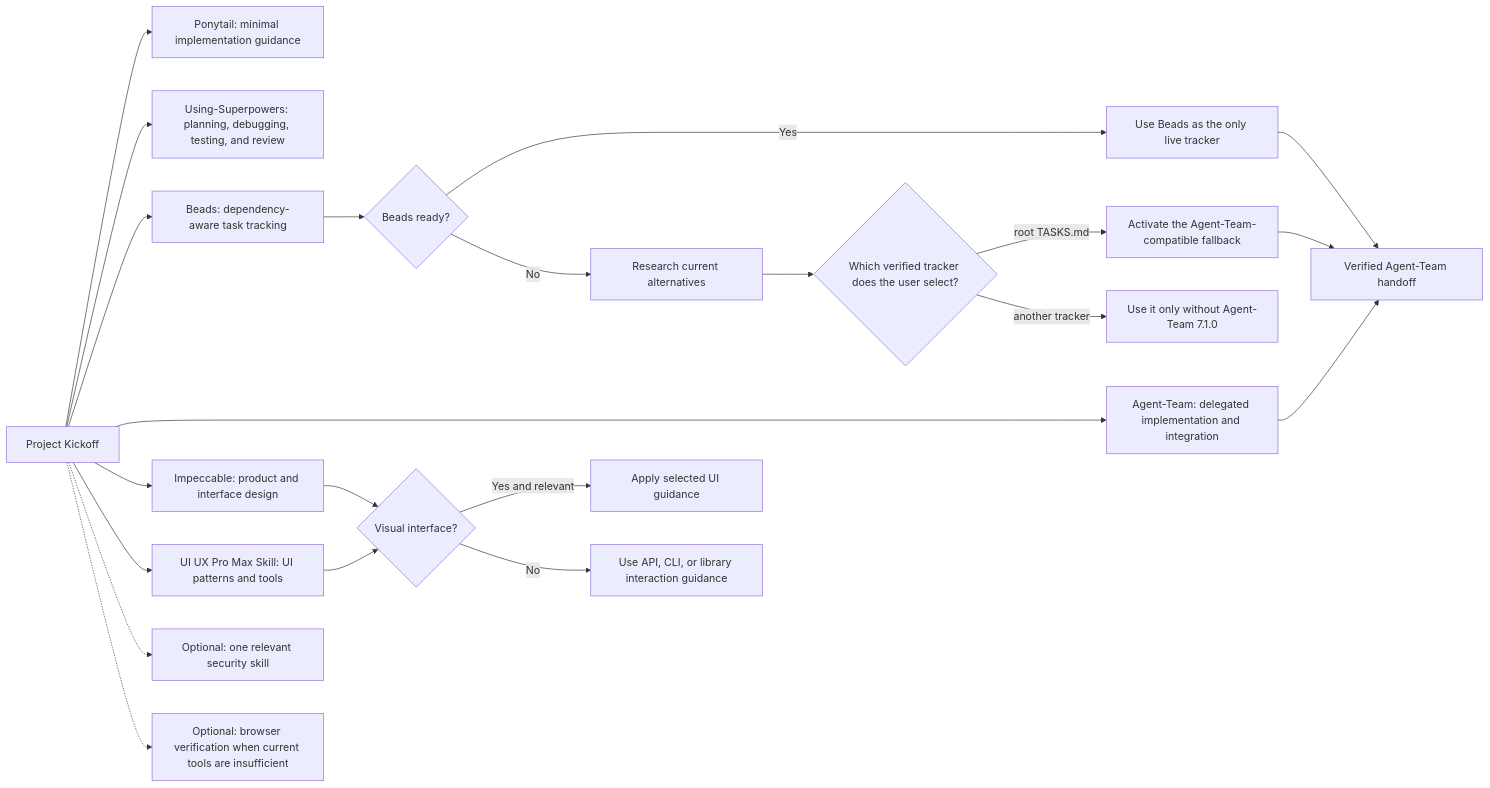
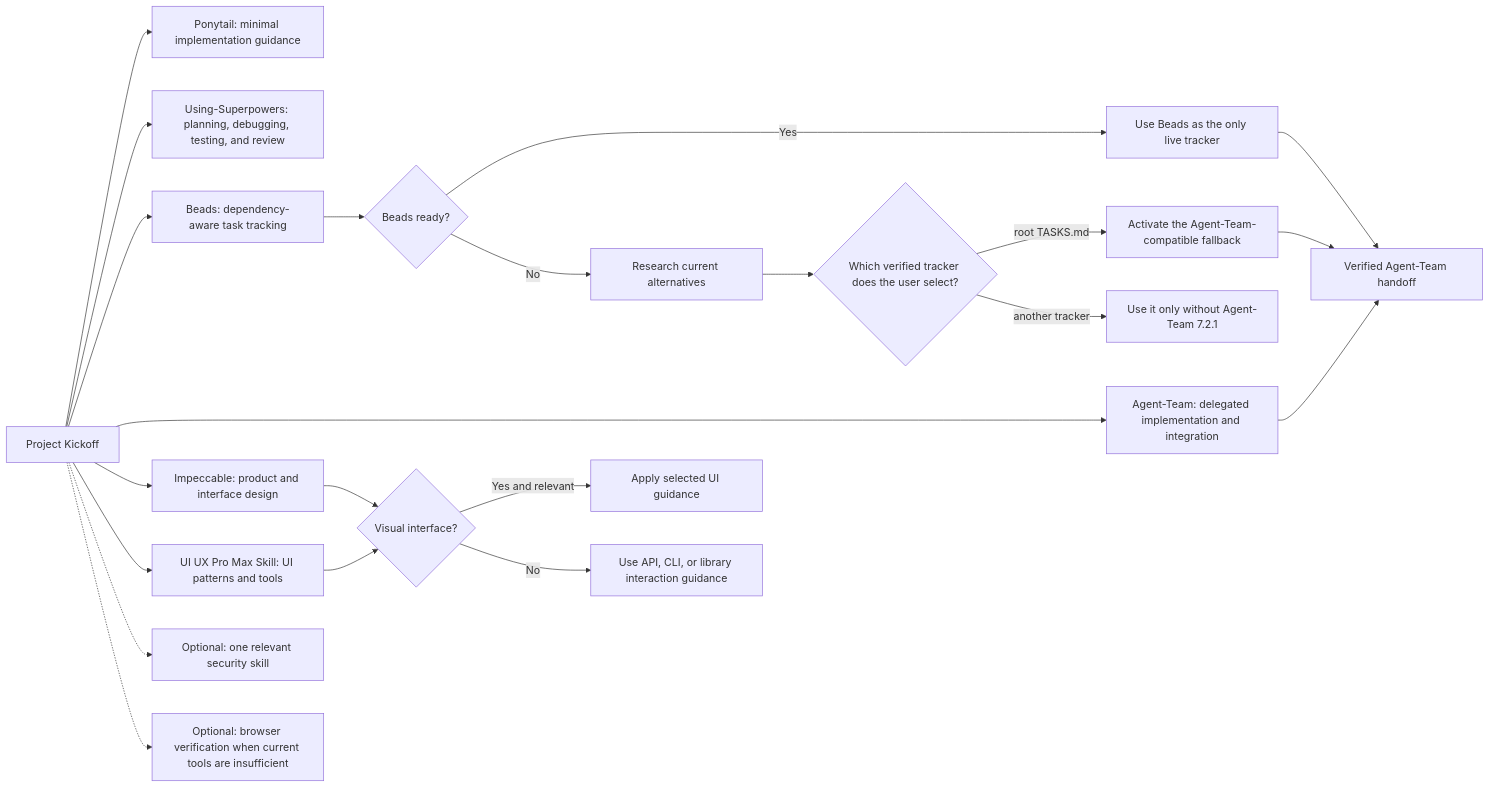
Before and after one commit to thebpandey/project-kickoff: the second of 2 diagrams in README.md, drawn with Mermaid. The commit also changed other lines of this file and 9 other files, not shown here.

Commit message:
fix: target Agent-Team 7.2.1 handoffs

````diff
--- a/README.md
+++ b/README.md
@@ -156,27 +156,27 @@
 ```mermaid
 flowchart LR
     PK["Project Kickoff"] --> P["Ponytail: minimal implementation guidance"]
     PK --> S["Using-Superpowers: planning, debugging, testing, and review"]
     PK --> B["Beads: dependency-aware task tracking"]
     PK --> A["Agent-Team: delegated implementation and integration"]
     PK --> I["Impeccable: product and interface design"]
     PK --> UI["UI UX Pro Max Skill: UI patterns and tools"]
 
     B --> BR{"Beads ready?"}
     BR -->|Yes| BT["Use Beads as the only live tracker"]
     BR -->|No| RESEARCH["Research current alternatives"]
     RESEARCH --> USER{"Which verified tracker does the user select?"}
     USER -->|root TASKS.md| FT["Activate the Agent-Team-compatible fallback"]
-    USER -->|another tracker| NAT["Use it only without Agent-Team 7.1.0"]
+    USER -->|another tracker| NAT["Use it only without Agent-Team 7.2.1"]
 
     I --> VIS{"Visual interface?"}
     UI --> VIS
     VIS -->|Yes and relevant| DESIGN["Apply selected UI guidance"]
     VIS -->|No| NONVIS["Use API, CLI, or library interaction guidance"]
 
     PK -.-> SEC["Optional: one relevant security skill"]
     PK -.-> BROWSER["Optional: browser verification when current tools are insufficient"]
     BT --> HANDOFF["Verified Agent-Team handoff"]
     FT --> HANDOFF
     A --> HANDOFF
 ```
````
